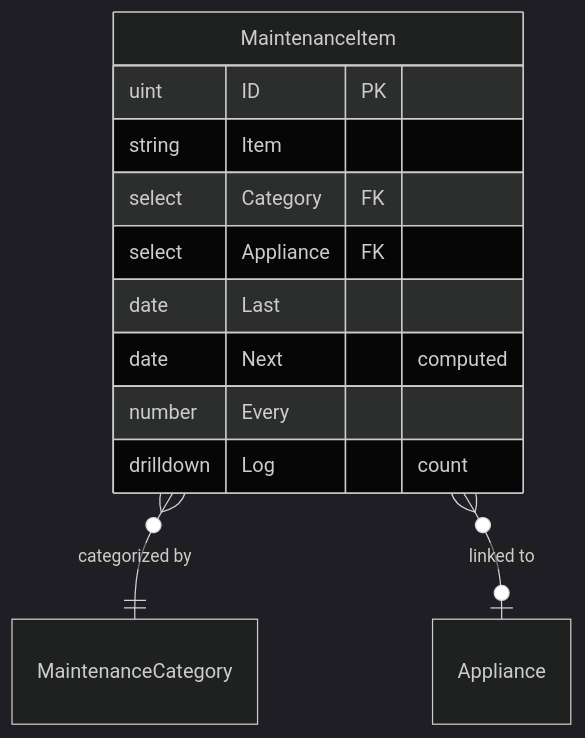
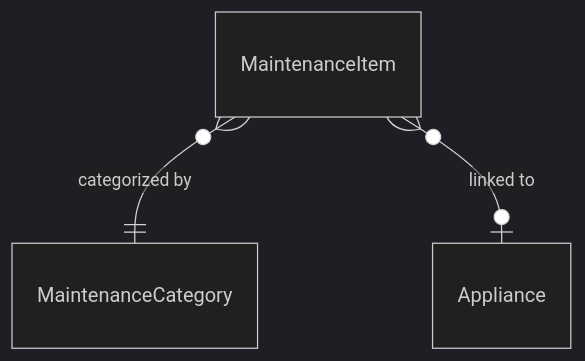
One commit to cpcloud/micasa changed the third of 5 diagrams in docs/content/getting-started/concepts.md. Above: the diagram before and after it, drawn with Mermaid (dark theme). The commit also changed other lines of this file, not shown here.

Commit message:
docs: strip field schemas from per-entity diagrams, keep relationships only

````diff
--- a/docs/content/getting-started/concepts.md
+++ b/docs/content/getting-started/concepts.md
@@ -116,15 +66,5 @@
 ```mermaid
 erDiagram
-    MaintenanceItem {
-        uint ID PK
-        string Item
-        select Category FK
-        select Appliance FK
-        date Last
-        date Next "computed"
-        number Every
-        drilldown Log "count"
-    }
     MaintenanceItem }o--|| MaintenanceCategory : "categorized by"
     MaintenanceItem }o--o| Appliance : "linked to"
 ```
````
